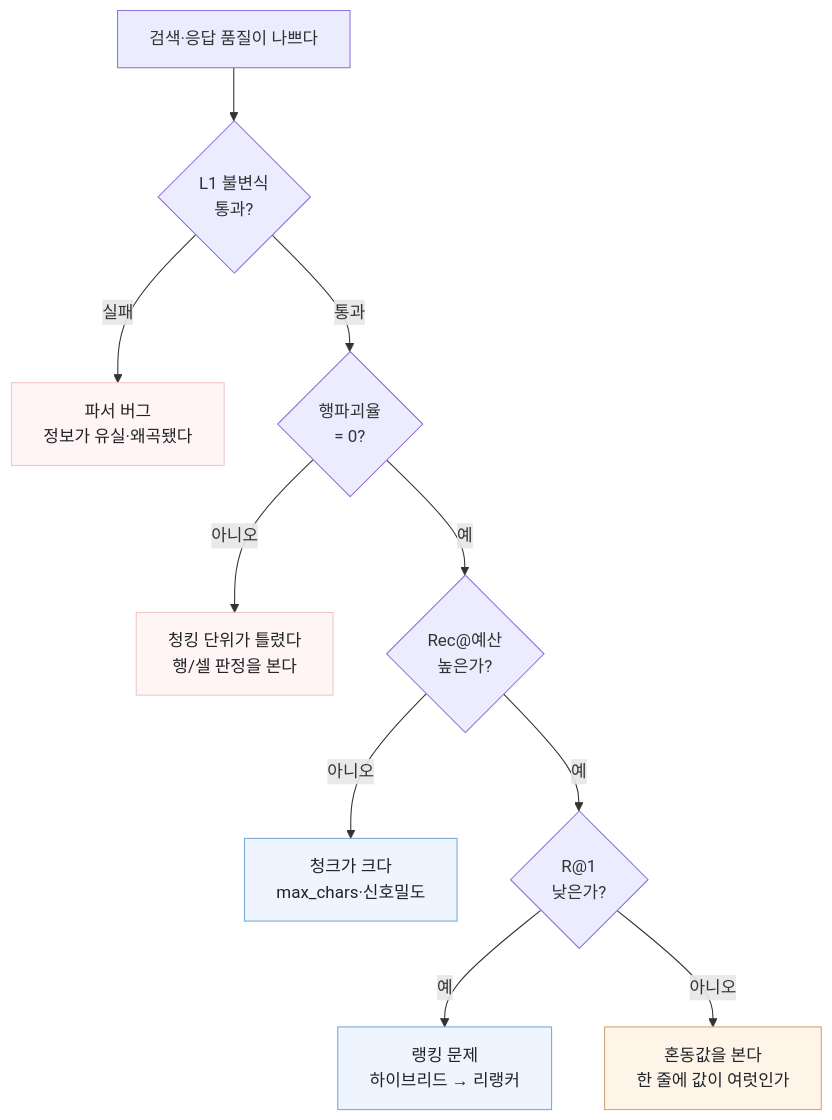
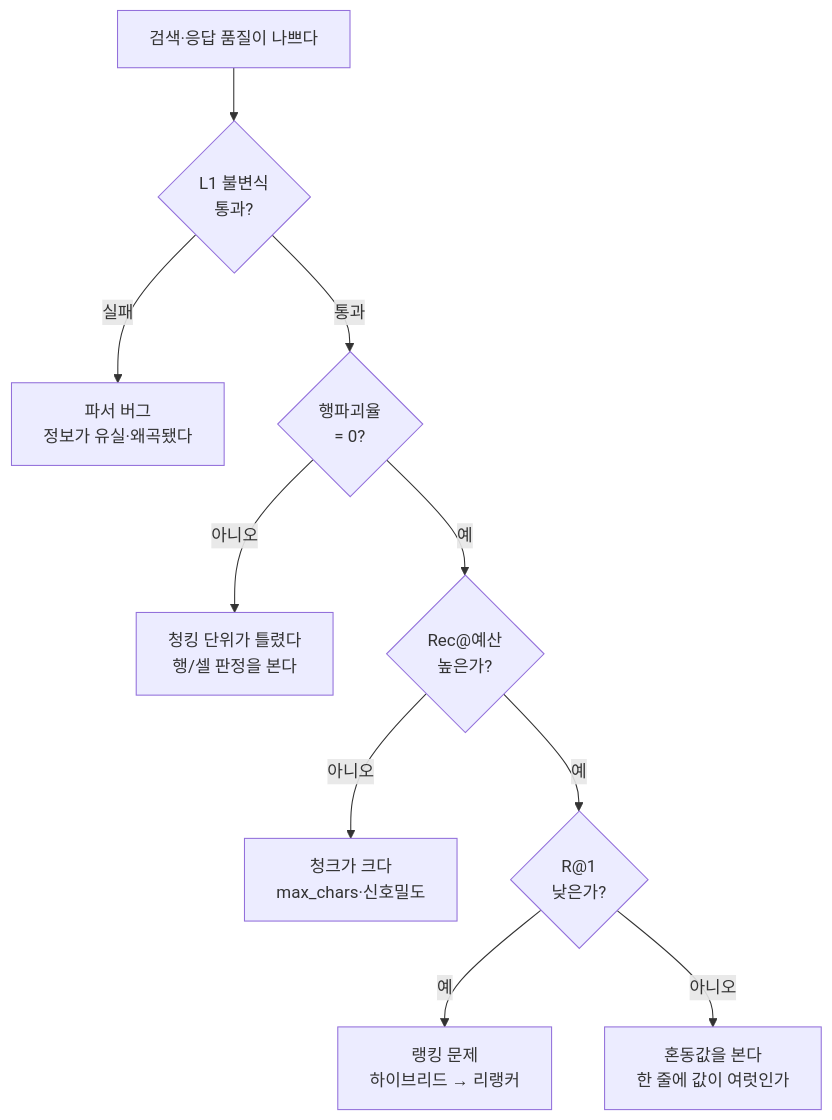
Before and after one commit to hizieun/ko-table-chunker: the second of 2 diagrams in README.md, drawn with Mermaid. The commit also changed other lines of this file, not shown here.

Commit message:
Mermaid 커스텀 색 제거 — GitHub 는 라벨을 HTML 로 렌더해 인라인 color 가 전파되지 않는다
fill 만 밝게 덮이고 글자는 테마의 밝은 색으로 남아 다크모드에서 대비가 무너졌다.
color: 를 같이 줘도 먹지 않는다. 마름모/사각형 모양만으로 판단과 결론이 구분되므로
장식을 지운다 — 읽히지 않는 색보다 색이 없는 편이 낫다.

````diff
--- a/README.md
+++ b/README.md
@@ -276,17 +274,12 @@
 ```mermaid
 flowchart TD
     S["검색·응답 품질이 나쁘다"] --> A{"L1 불변식<br/>통과?"}
     A -->|"실패"| F1["파서 버그<br/>정보가 유실·왜곡됐다"]
     A -->|"통과"| B{"행파괴율<br/>= 0?"}
     B -->|"아니오"| F2["청킹 단위가 틀렸다<br/>행/셀 판정을 본다"]
     B -->|"예"| C{"Rec@예산<br/>높은가?"}
     C -->|"아니오"| F3["청크가 크다<br/>max_chars·신호밀도"]
     C -->|"예"| D{"R@1<br/>낮은가?"}
     D -->|"예"| F4["랭킹 문제<br/>하이브리드 → 리랭커"]
     D -->|"아니오"| F5["혼동값을 본다<br/>한 줄에 값이 여럿인가"]
-    style F1 fill:#fff5f5,stroke:#f3c5c5,color:#1f2328
-    style F2 fill:#fff5f5,stroke:#f3c5c5,color:#1f2328
-    style F4 fill:#eef5fe,stroke:#7aa7d9,color:#1f2328
-    style F3 fill:#eef5fe,stroke:#7aa7d9,color:#1f2328
-    style F5 fill:#fff4e8,stroke:#d4a373,color:#1f2328
 ```
````
